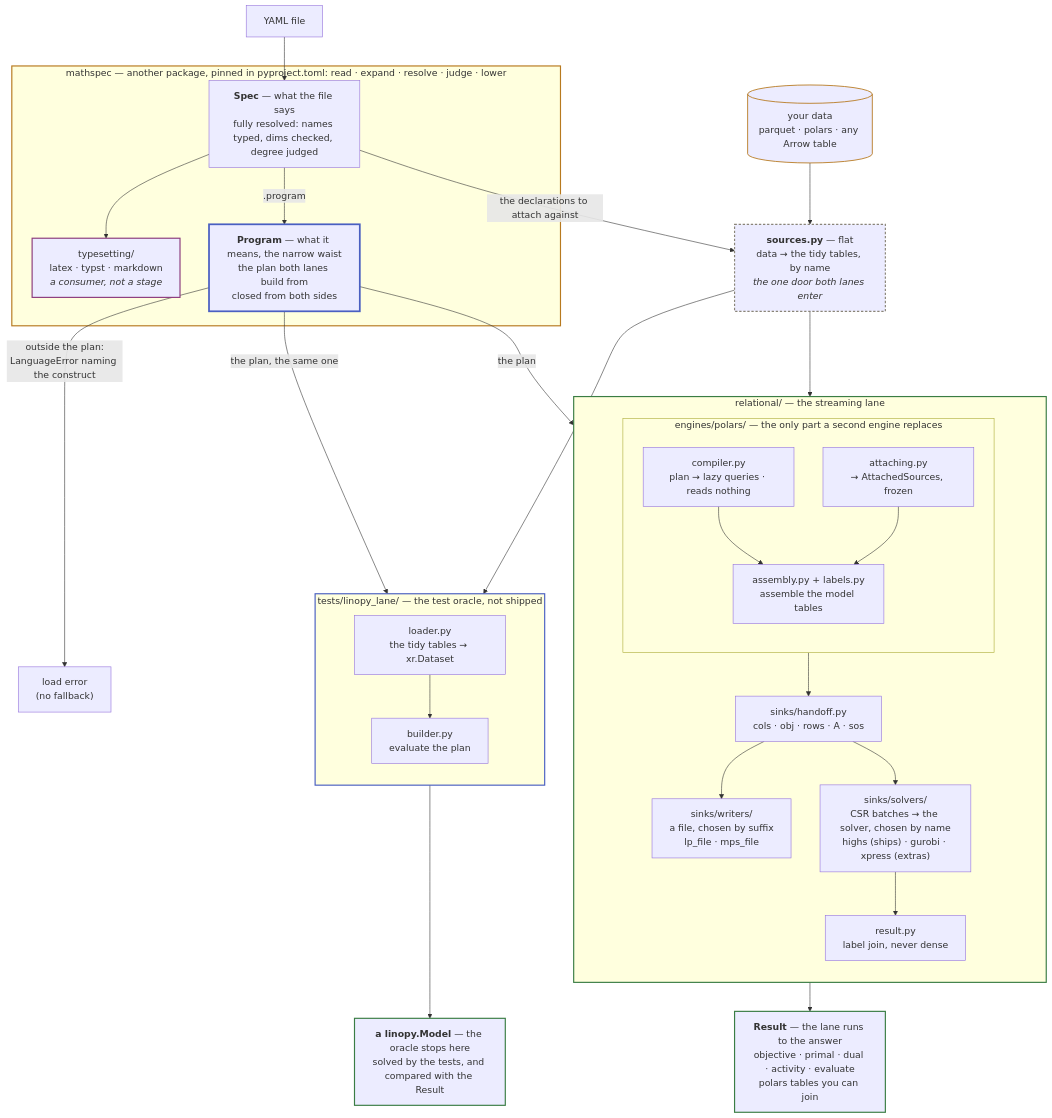
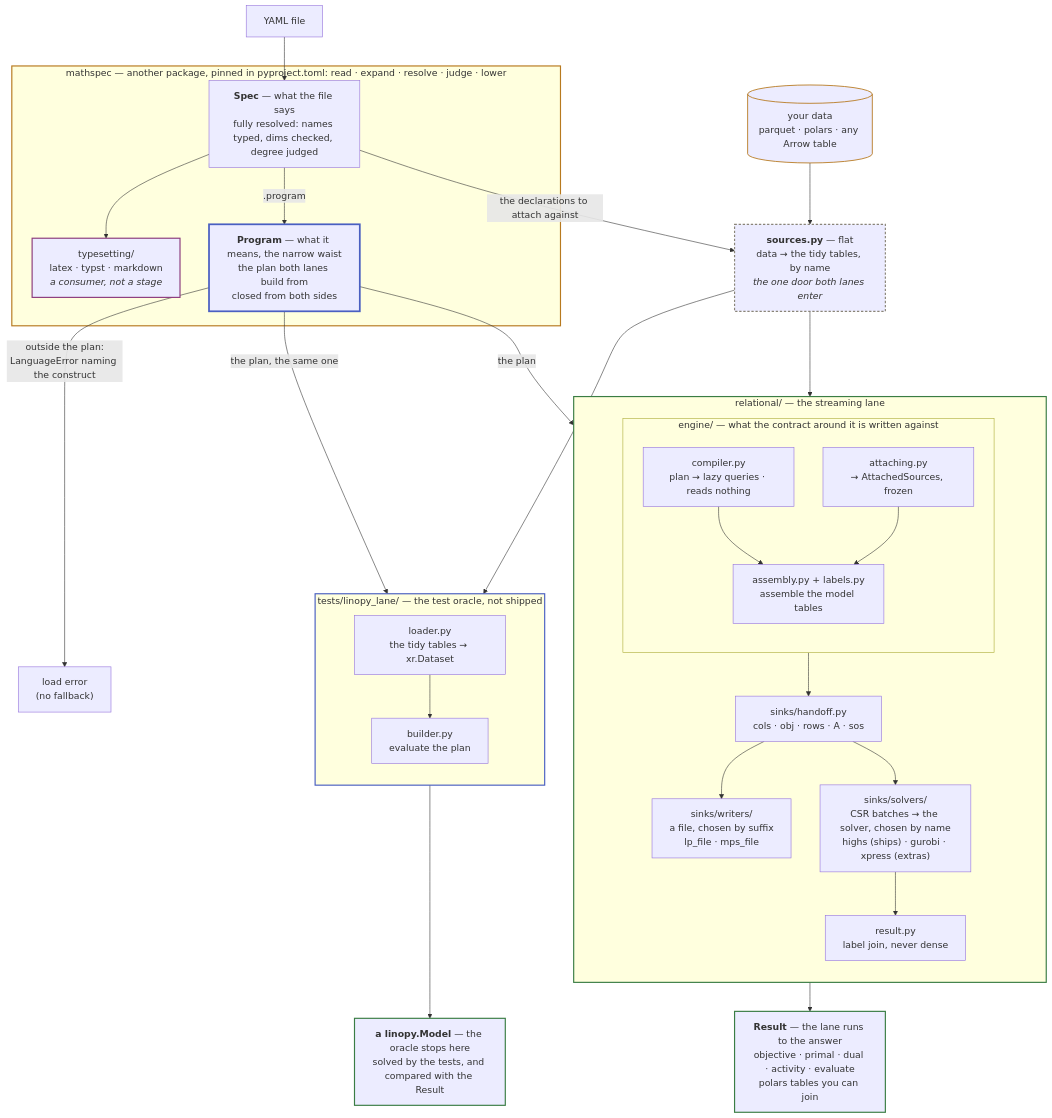
One commit to fluxopt/specsolve changed the first of 2 diagrams in docs/about/architecture.md. Above: the diagram before and after it, drawn with Mermaid. The commit also changed other lines of this file and 35 other files, not shown here.

````diff
--- a/docs/about/architecture.md
+++ b/docs/about/architecture.md
@@ -60,59 +60,59 @@
 ```mermaid
 flowchart TB
     Y[YAML file] --> SPEC
     DATA[("your data<br/>parquet · polars · any Arrow table")] --> SRC
 
     subgraph MS["mathspec — another package, pinned in pyproject.toml: read · expand · resolve · judge · lower"]
         SPEC["<b>Spec</b> — what the file says<br/>fully resolved: names typed, dims checked, degree judged"]
         SPEC --> TS["typesetting/<br/>latex · typst · markdown<br/><i>a consumer, not a stage</i>"]
         SPEC -->|".program"| PLAN["<b>Program</b> — what it means, the narrow waist<br/>the plan both lanes build from<br/>closed from both sides"]
     end
 
     SPEC -->|"the declarations to attach against"| SRC
     SRC["<b>sources.py</b> — flat<br/>data → the tidy tables, by name<br/><i>the one door both lanes enter</i>"]
 
     PLAN -->|"outside the plan:<br/>LanguageError naming the construct"| ERR["load error<br/>(no fallback)"]
     PLAN -->|"the plan"| COMP
     SRC --> ATTACH
     PLAN -->|"the plan, the same one"| BUILD
     SRC --> LOAD
 
     subgraph REL["relational/ — the streaming lane"]
         direction TB
-        subgraph ENG["engines/polars/ — the only part a second engine replaces"]
+        subgraph ENG["engine/ — what the contract around it is written against"]
             direction TB
             COMP["compiler.py<br/>plan → lazy queries · reads nothing"] --> ENGINE
             ATTACH["attaching.py<br/>→ AttachedSources, frozen"] --> ENGINE["assembly.py + labels.py<br/>assemble the model tables"]
         end
         ENG --> TABLES["sinks/handoff.py<br/>cols · obj · rows · A · sos"]
         TABLES --> LPS["sinks/writers/<br/>a file, chosen by suffix<br/>lp_file · mps_file"]
         TABLES --> DIRECT["sinks/solvers/<br/>CSR batches → the solver, chosen by name<br/>highs (ships) · gurobi · xpress (extras)"]
         DIRECT --> SOL["result.py<br/>label join, never dense"]
     end
 
     SOL --> ANS["<b>Result</b> — the lane runs to the answer<br/>objective · primal · dual · activity · evaluate<br/>polars tables you can join"]
 
     subgraph LIN["tests/linopy_lane/ — the test oracle, not shipped"]
         direction TB
         LOAD["loader.py<br/>the tidy tables → xr.Dataset"] --> BUILD["builder.py<br/>evaluate the plan"]
     end
 
     BUILD --> MODEL["<b>a linopy.Model</b> — the oracle stops here<br/>solved by the tests, and compared with the Result"]
 
     classDef laneL stroke:#b7791f,stroke-width:2px
     classDef laneR stroke:#3a7d44,stroke-width:2px
     classDef laneE stroke:#4a5fc1,stroke-width:2px
     classDef laneT stroke:#8b3a7d,stroke-width:2px
     classDef waist stroke:#4a5fc1,stroke-width:3px
     classDef flat stroke:#8a8578,stroke-width:2px,stroke-dasharray:4 3
     classDef data stroke:#b7791f,stroke-width:1.5px
     classDef out stroke:#3a7d44,stroke-width:2px
     class MS laneL
     class REL laneR
     class LIN laneE
     class TS laneT
     class PLAN waist
     class SRC flat
     class DATA data
     class ANS,MODEL out
 ```
````
